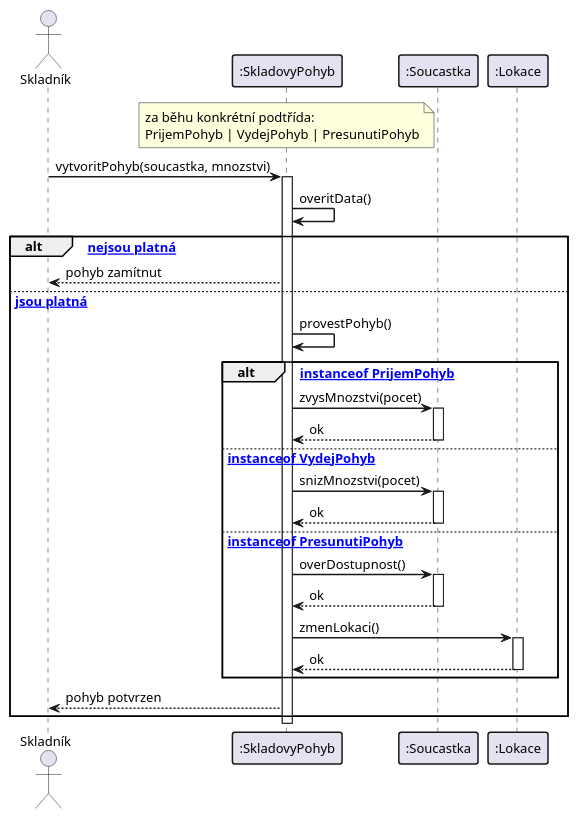
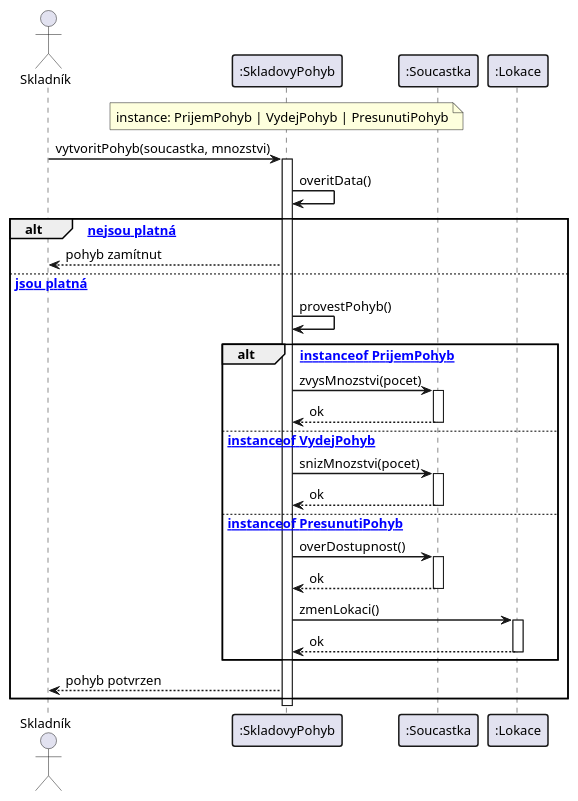
Before and after one commit to lkvapil/kOdevzdaniProjektWMS: the diagram in diagrams/13_sequence_pohyb.puml, drawn with PlantUML. The commit also changed 4 other files, not shown here.

Commit message:
fix: note v sekv. diagramu, zvetseni use case obrazku

```diff
--- a/diagrams/13_sequence_pohyb.puml
+++ b/diagrams/13_sequence_pohyb.puml
@@ -1,52 +1,52 @@
 @startuml
 skinparam defaultFontSize 13
 skinparam sequenceArrowThickness 1.5
 skinparam sequenceParticipantBorderThickness 1.5
 skinparam sequenceGroupBorderThickness 1.5
 
 actor "Skladník" as Uzivatel
 participant ":SkladovyPohyb" as Pohyb
-note over Pohyb : za běhu konkrétní podtřída:\nPrijemPohyb | VydejPohyb | PresunutiPohyb
+note over Pohyb : instance: PrijemPohyb | VydejPohyb | PresunutiPohyb
 participant ":Soucastka" as Soucastka
 participant ":Lokace" as Lokace
 
 Uzivatel -> Pohyb : vytvoritPohyb(soucastka, mnozstvi)
 activate Pohyb
 
 Pohyb -> Pohyb : overitData()
 
 alt [data nejsou platná]
     Pohyb --> Uzivatel : pohyb zamítnut
 
 else [data jsou platná]
     Pohyb -> Pohyb : provestPohyb()
 
     alt [pohyb instanceof PrijemPohyb]
         Pohyb -> Soucastka : zvysMnozstvi(pocet)
         activate Soucastka
         Soucastka --> Pohyb : ok
         deactivate Soucastka
 
     else [pohyb instanceof VydejPohyb]
         Pohyb -> Soucastka : snizMnozstvi(pocet)
         activate Soucastka
         Soucastka --> Pohyb : ok
         deactivate Soucastka
 
     else [pohyb instanceof PresunutiPohyb]
         Pohyb -> Soucastka : overDostupnost()
         activate Soucastka
         Soucastka --> Pohyb : ok
         deactivate Soucastka
         Pohyb -> Lokace : zmenLokaci()
         activate Lokace
         Lokace --> Pohyb : ok
         deactivate Lokace
     end
 
     Pohyb --> Uzivatel : pohyb potvrzen
 end
 
 deactivate Pohyb
 
 @enduml
```
